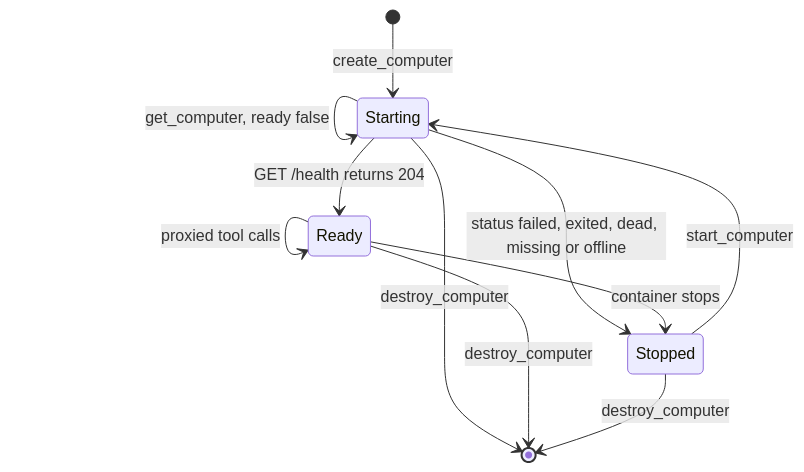
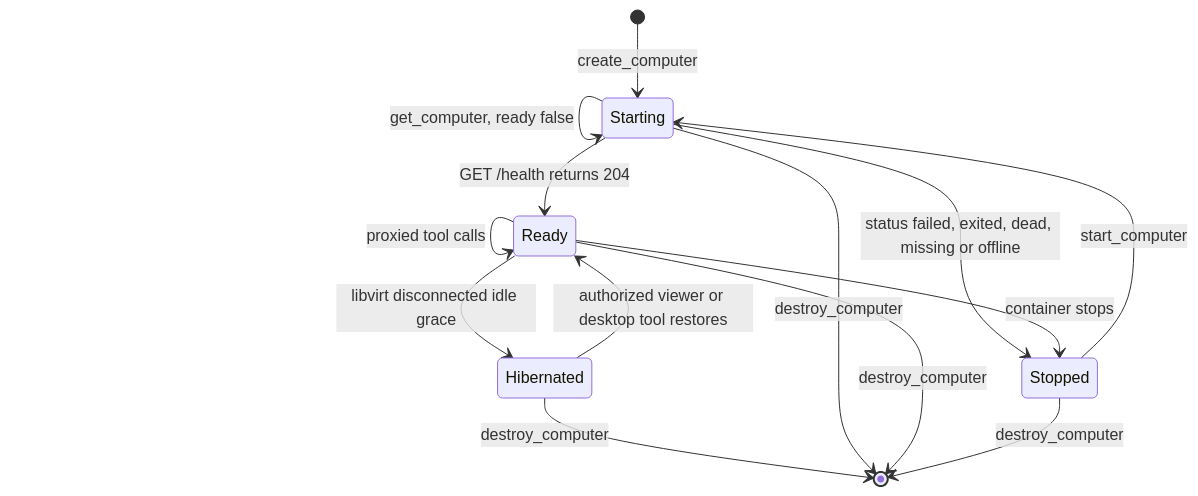
The first of 8 diagrams in orchestrator/README.md (mieweb/ozwell-computer), drawn with Mermaid before and after one commit. The commit also changed other lines of this file and 34 other files, not shown here.

Commit message:
feat: hibernate idle libvirt desktops and restore on reconnect

````diff
--- a/orchestrator/README.md
+++ b/orchestrator/README.md
@@ -44,13 +54,16 @@
 ```mermaid
 stateDiagram-v2
     [*] --> Starting: create_computer
     Starting --> Starting: get_computer, ready false
     Starting --> Ready: GET /health returns 204
     Starting --> Stopped: status failed, exited, dead, missing or offline
     Ready --> Ready: proxied tool calls
+    Ready --> Hibernated: libvirt disconnected idle grace
+    Hibernated --> Ready: authorized viewer or desktop tool restores
+    Hibernated --> [*]: destroy_computer
     Ready --> Stopped: container stops
     Stopped --> Starting: start_computer
     Starting --> [*]: destroy_computer
     Ready --> [*]: destroy_computer
     Stopped --> [*]: destroy_computer
 ```
````
